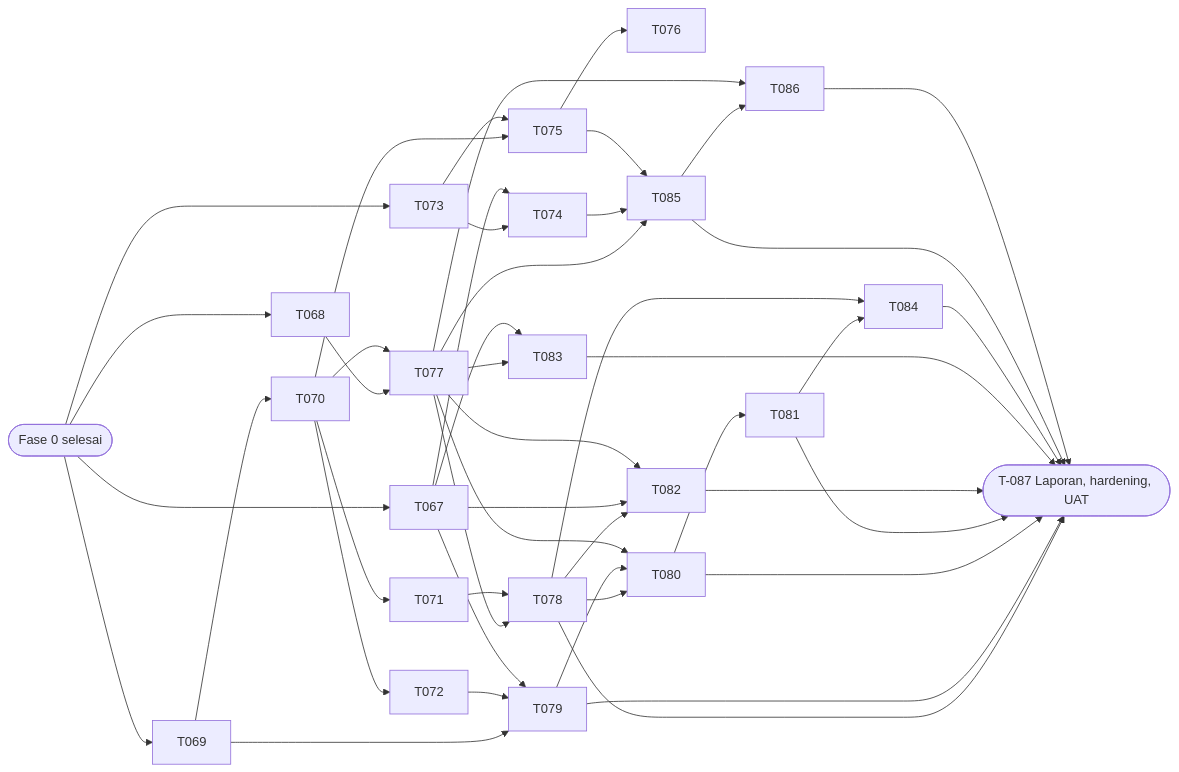
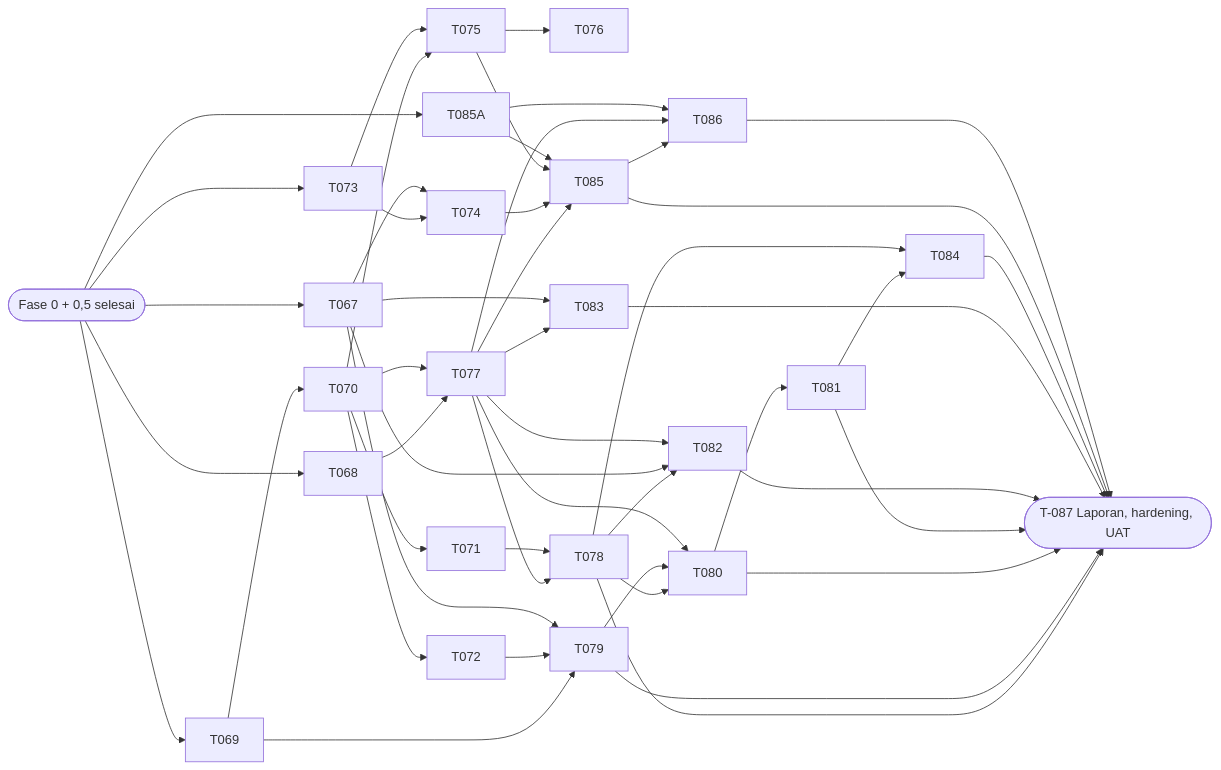
One commit to masyasin/pakis changed the diagram in TASKS_PAKET_A.md. Above: the diagram before and after it, drawn with Mermaid. The commit also changed other lines of this file and 6 other files, not shown here.

````diff
--- a/TASKS_PAKET_A.md
+++ b/TASKS_PAKET_A.md
@@ -22,30 +27,32 @@
 ```mermaid
 flowchart LR
-  F0([Fase 0 selesai]) --> T067 & T068 & T069 & T073
+  F0([Fase 0 + 0,5 selesai]) --> T067 & T068 & T069 & T073 & T085A
   T069 --> T070 --> T071 & T072
   T070 --> T075
   T073 --> T074
   T067 --> T074
   T073 --> T075 --> T076
   T068 --> T077
   T070 --> T077
   T077 --> T078
   T078 --> T080
   T078 --> T082
   T067 --> T082
   T081 --> T084
   T077 --> T085
   T069 --> T079
   T071 --> T078
   T072 --> T079
   T067 --> T079 --> T080
   T077 --> T080 --> T081
   T077 --> T082
   T077 --> T083
   T067 --> T083
   T078 --> T084
   T074 --> T085
   T075 --> T085 --> T086
   T077 --> T086
+  T085A --> T085
+  T085A --> T086
   T078 & T079 & T080 & T081 & T082 & T083 & T084 & T085 & T086 --> T087([T-087 Laporan, hardening, UAT])
 ```
````
